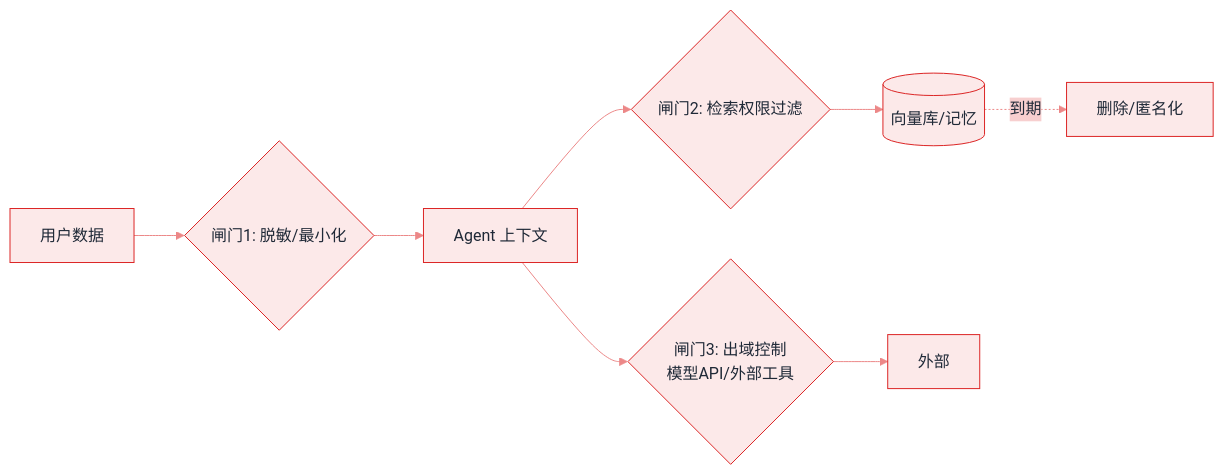
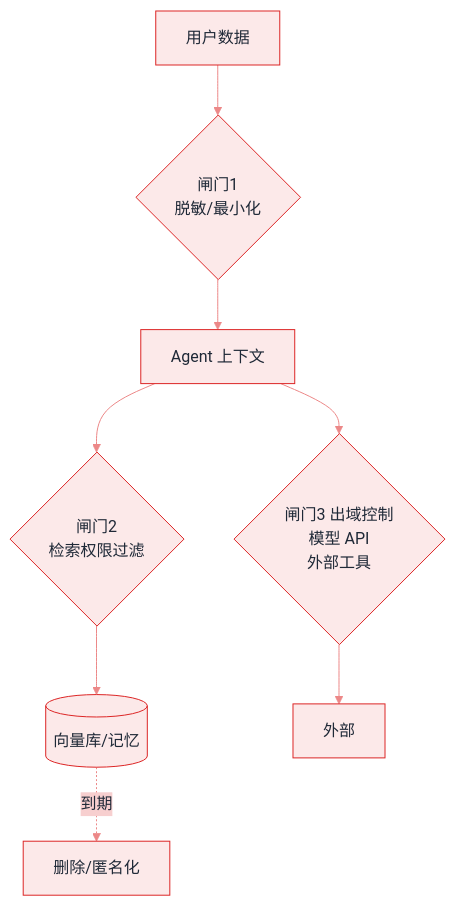
Before and after one commit to funny8kids/ai-agent-handbook: the diagram in docs/10-evaluation-safety/data-privacy.md, drawn with Mermaid. The commit also changed other lines of this file and 45 other files, not shown here.

First line of the commit message:
Thicken 12 thin pages, clear 25 over-width diagrams, re-proportion 10 thin-ribbon diagrams

````diff
--- a/docs/10-evaluation-safety/data-privacy.md
+++ b/docs/10-evaluation-safety/data-privacy.md
@@ -25,11 +25,11 @@
 ```mermaid
 %%{init: {"theme":"base","themeVariables":{"primaryColor":"#FCE9E9","primaryBorderColor":"#DC2626","primaryTextColor":"#1F2937","secondaryColor":"#F7CFCF","tertiaryColor":"#FEF6F6","lineColor":"#EC8888","actorBkg":"#FCEEEE","actorBorder":"#DC2626","actorTextColor":"#1F2937","signalColor":"#E76767","noteBkgColor":"#F9D8D8","noteBorderColor":"#DC2626","noteTextColor":"#1F2937","labelBoxBkgColor":"#FCE9E9","labelBoxBorderColor":"#DC2626"}}}%%
-flowchart LR
-  A[用户数据] --> B{闸门1: 脱敏/最小化}
+flowchart TB
+  A[用户数据] --> B{闸门1<br/>脱敏/最小化}
   B --> C[Agent 上下文]
-  C --> D{闸门2: 检索权限过滤}
+  C --> D{闸门2<br/>检索权限过滤}
   D --> E[(向量库/记忆)]
-  C --> F{闸门3: 出域控制<br/>模型API/外部工具}
+  C --> F{闸门3 出域控制<br/>模型 API<br/>外部工具}
   F --> G[外部]
   E -.到期.-> H[删除/匿名化]
 ```
````
